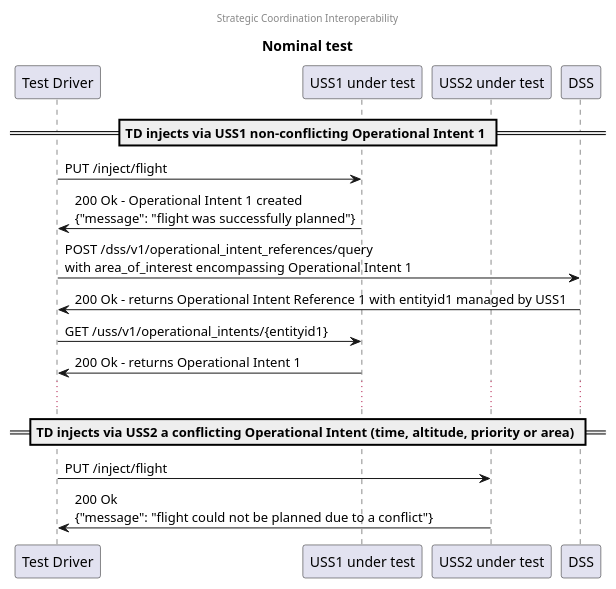
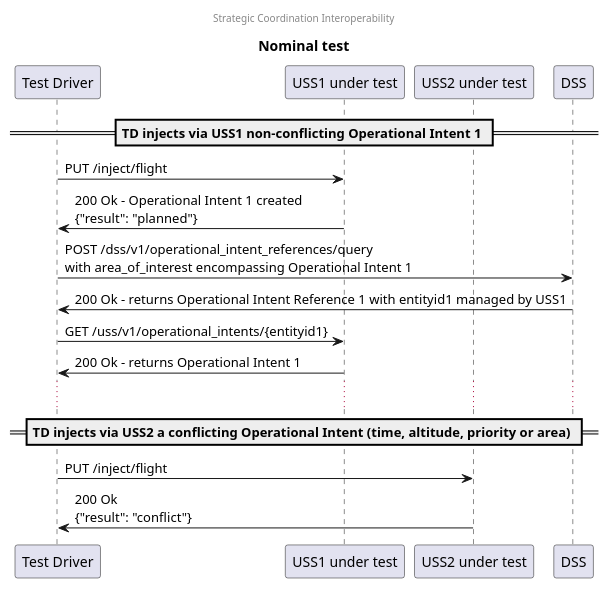
The diagram in interfaces/automated-testing/scd/design/strategic-coordination-interoperability/nominal-test.plantuml (interuss/dss), drawn with PlantUML before and after one commit. The commit also changed 1 other file, not shown here.

```diff
--- a/interfaces/automated-testing/scd/design/strategic-coordination-interoperability/nominal-test.plantuml
+++ b/interfaces/automated-testing/scd/design/strategic-coordination-interoperability/nominal-test.plantuml
@@ -1,28 +1,28 @@
 @startuml
 center header Strategic Coordination Interoperability
 title Nominal test
 
 participant "Test Driver" as TD
 participant "USS1 under test" as USS1
 participant "USS2 under test" as USS2
 participant "DSS"
 
 == TD injects via USS1 non-conflicting Operational Intent 1 ==
 
 TD -> USS1: PUT /inject/flight
-TD <- USS1: 200 Ok - Operational Intent 1 created\n{"message": "flight was successfully planned"}
+TD <- USS1: 200 Ok - Operational Intent 1 created\n{"result": "planned"}
 
 TD -> DSS: POST /dss/v1/operational_intent_references/query\nwith area_of_interest encompassing Operational Intent 1
 TD <- DSS: 200 Ok - returns Operational Intent Reference 1 with entityid1 managed by USS1
 
 TD -> USS1: GET /uss/v1/operational_intents/{entityid1}
 TD <- USS1: 200 Ok - returns Operational Intent 1
 
 ...
 
 == TD injects via USS2 a conflicting Operational Intent (time, altitude, priority or area) ==
 
 TD -> USS2: PUT /inject/flight
-TD <- USS2: 200 Ok\n{"message": "flight could not be planned due to a conflict"}
+TD <- USS2: 200 Ok\n{"result": "conflict"}
 
 @enduml
```
